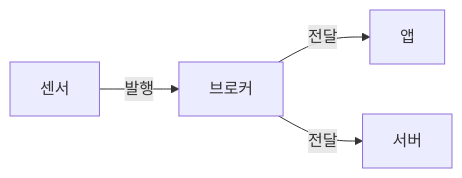
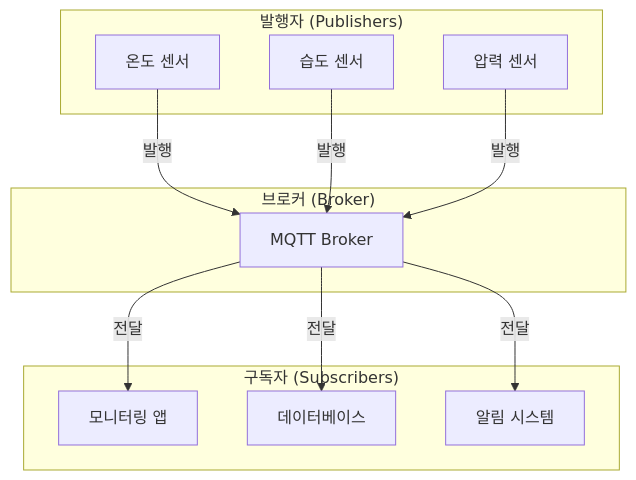
Before and after one commit to GYUTORY/YGSTUDY: the first of 2 diagrams in Develop/Network/7 Layer/Transport Layer/TCP/Mqtt/MQTT.md, drawn with Mermaid. The commit also changed other lines of this file and 1 other file, not shown here.

Commit message:
YGSTUDY) MQTT 정리

````diff
--- a/Develop/Network/7 Layer/Transport Layer/TCP/Mqtt/MQTT.md
+++ b/Develop/Network/7 Layer/Transport Layer/TCP/Mqtt/MQTT.md
@@ -33,6 +152,25 @@
 ```mermaid
-graph LR
-    A[센서] -->|발행| B[브로커]
-    B -->|전달| C[앱]
-    B -->|전달| D[서버]
+graph TB
+    subgraph "발행자 (Publishers)"
+        P1[온도 센서]
+        P2[습도 센서]
+        P3[압력 센서]
+    end
+    
+    subgraph "브로커 (Broker)"
+        B[MQTT Broker]
+    end
+    
+    subgraph "구독자 (Subscribers)"
+        S1[모니터링 앱]
+        S2[데이터베이스]
+        S3[알림 시스템]
+    end
+    
+    P1 -->|발행| B
+    P2 -->|발행| B
+    P3 -->|발행| B
+    B -->|전달| S1
+    B -->|전달| S2
+    B -->|전달| S3
 ```
````
